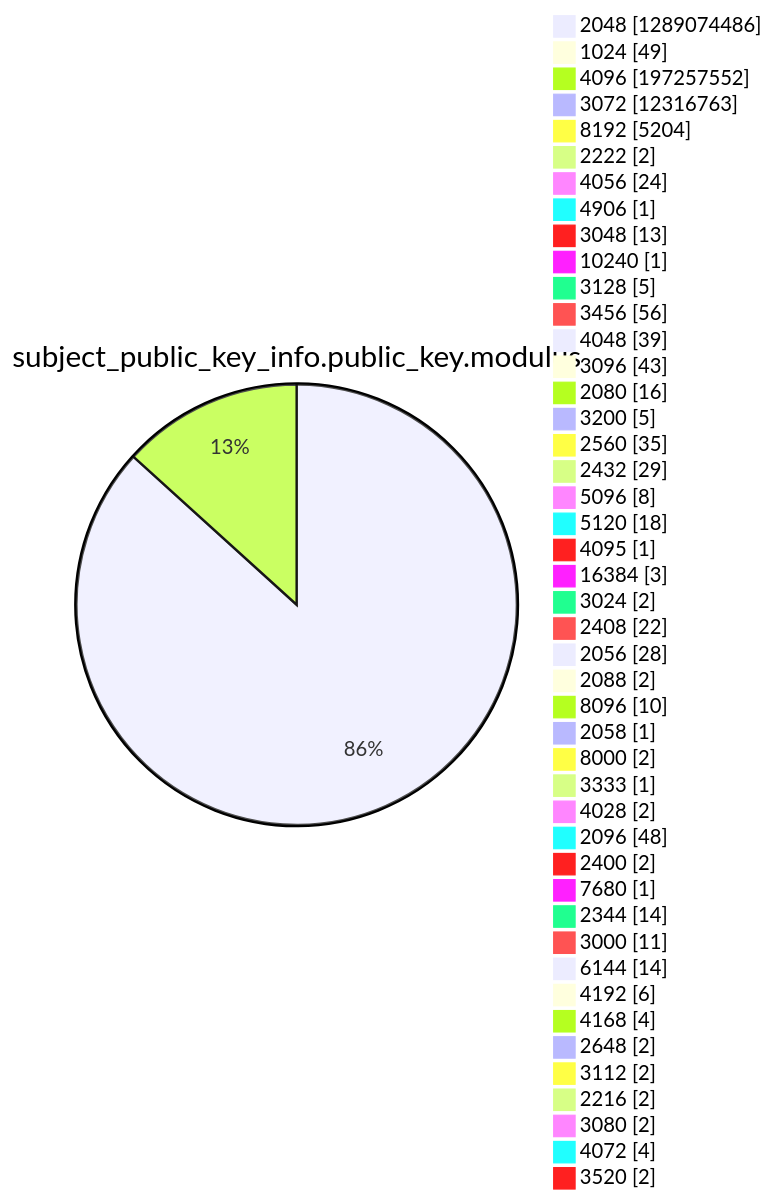
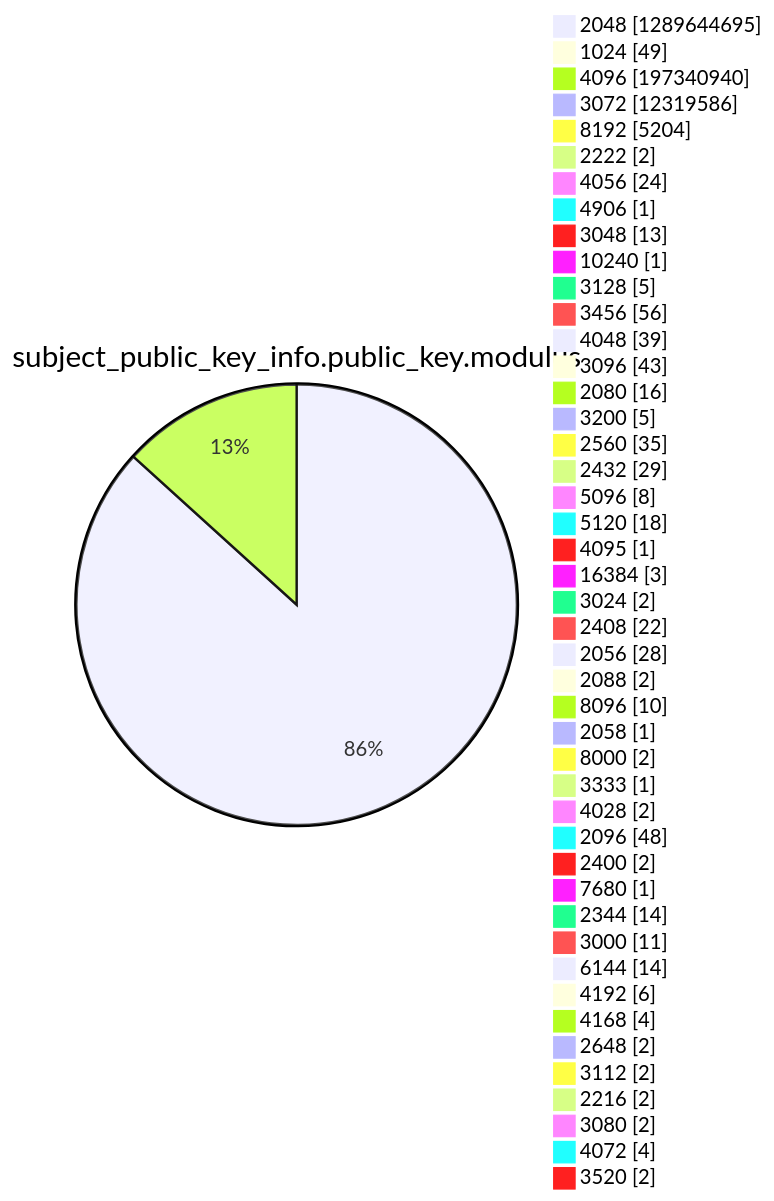
Diagram 13 of 15 in xenon2022/README.md (christiankrug/ctmonitor_visualization), drawn with Mermaid before and after one commit. The commit also changed other lines of this file, not shown here.

````diff
--- a/xenon2022/README.md
+++ b/xenon2022/README.md
@@ -3921,49 +3921,49 @@
 ```mermaid
 pie showData
 title subject_public_key_info.public_key.modulus
-"2048" :1289074486
+"2048" :1289644695
 "1024" :49
-"4096" :197257552
-"3072" :12316763
+"4096" :197340940
+"3072" :12319586
 "8192" :5204
 "2222" :2
 "4056" :24
 "4906" :1
 "3048" :13
 "10240" :1
 "3128" :5
 "3456" :56
 "4048" :39
 "3096" :43
 "2080" :16
 "3200" :5
 "2560" :35
 "2432" :29
 "5096" :8
 "5120" :18
 "4095" :1
 "16384" :3
 "3024" :2
 "2408" :22
 "2056" :28
 "2088" :2
 "8096" :10
 "2058" :1
 "8000" :2
 "3333" :1
 "4028" :2
 "2096" :48
 "2400" :2
 "7680" :1
 "2344" :14
 "3000" :11
 "6144" :14
 "4192" :6
 "4168" :4
 "2648" :2
 "3112" :2
 "2216" :2
 "3080" :2
 "4072" :4
 "3520" :2
 ```
````
